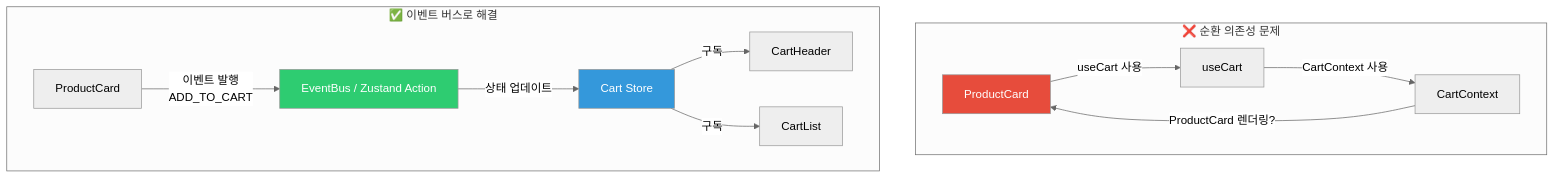
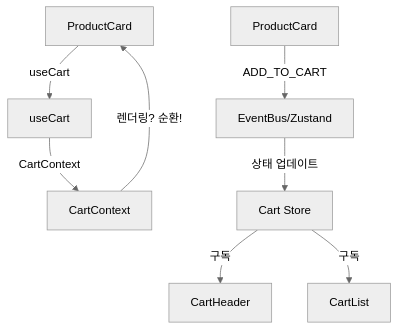
Before and after one commit to yjkim2015/yjkim2015.github.io: the eighth of 8 diagrams in _posts/frontend/2026-05-01-frontend-architecture.md, drawn with Mermaid (neutral theme). The commit also changed other lines of this file and 215 other files, not shown here.

First line of the commit message:
신규 포스트 10개 추가 + Mermaid 전면 축소 + SystemDesign 시리즈 보강

````diff
--- a/_posts/frontend/2026-05-01-frontend-architecture.md
+++ b/_posts/frontend/2026-05-01-frontend-architecture.md
@@ -639,19 +530,9 @@
 ```mermaid
 flowchart TD
-    subgraph "❌ 순환 의존성 문제"
-        PC2["ProductCard"] -->|"useCart 사용"| UC["useCart"]
-        UC -->|"CartContext 사용"| CC["CartContext"]
-        CC -->|"ProductCard 렌더링?"| PC2
-    end
-
-    subgraph "✅ 이벤트 버스로 해결"
-        PC3["ProductCard"] -->|"이벤트 발행\nADD_TO_CART"| EB["EventBus / Zustand Action"]
-        EB -->|"상태 업데이트"| CS["Cart Store"]
-        CS -->|"구독"| CH["CartHeader"]
-        CS -->|"구독"| CL2["CartList"]
-    end
-
-    style PC2 fill:#e74c3c,color:#fff
-    style EB fill:#2ecc71,color:#fff
-    style CS fill:#3498db,color:#fff
+    PC2["ProductCard"] -->|"useCart"| UC["useCart"]
+    UC -->|"CartContext"| CC["CartContext"]
+    CC -->|"렌더링? 순환!"| PC2
+    PC3["ProductCard"] -->|"ADD_TO_CART"| EB["EventBus/Zustand"]
+    EB -->|"상태 업데이트"| CS["Cart Store"]
+    CS -->|"구독"| CH["CartHeader"] & CL2["CartList"]
 ```
````
